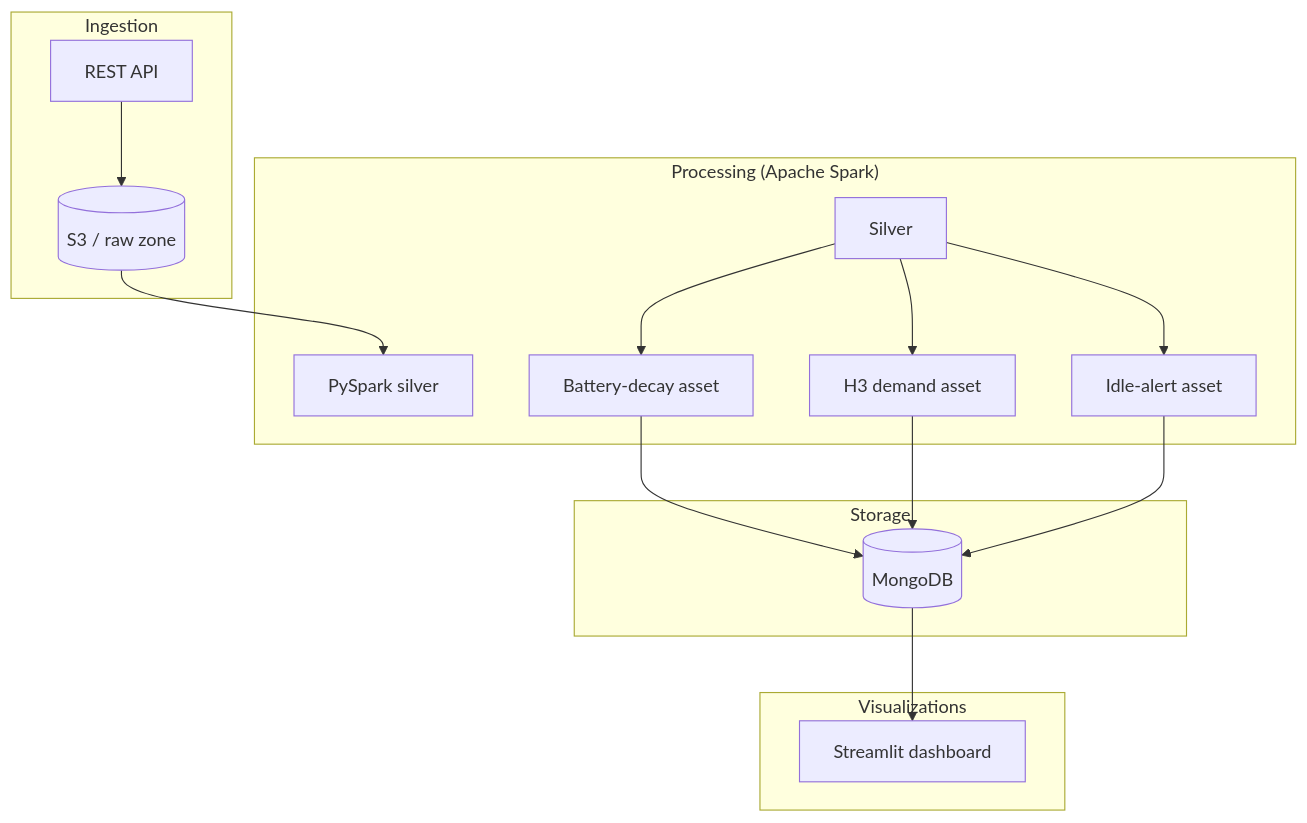
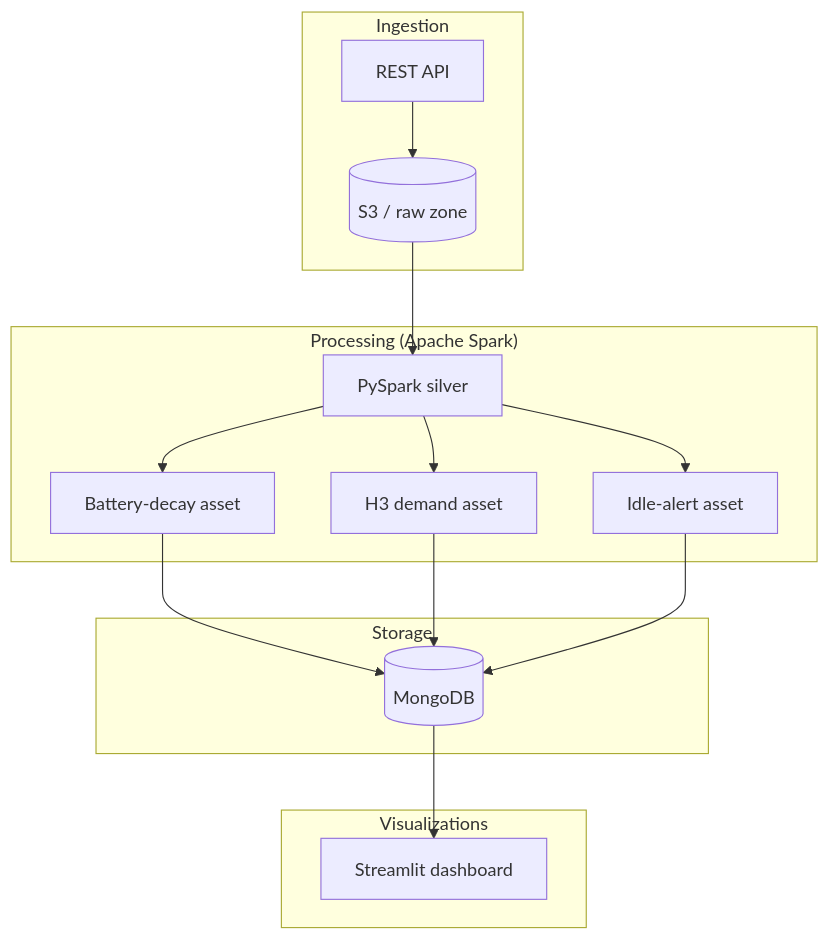
The diagram in README.md (JosephJ7/diss-project), drawn with Mermaid before and after one commit.

Commit message:
[ADD] : sarth

````diff
--- a/README.md
+++ b/README.md
@@ -38,25 +38,25 @@
 ```mermaid
 flowchart TD
   %% Ingestion layer
   subgraph Ingestion ["Ingestion"]
     API[REST API] --> S3raw[(S3 / raw zone)]
   end
 
   %% Processing layer
   subgraph Processing ["Processing (Apache Spark)"]
-    S3raw --> C[PySpark silver]
+    S3raw --> Silver[PySpark silver]
     Silver --> Battery[Battery‑decay asset]
     Silver --> Demand[H3 demand asset]
     Silver --> Idle[Idle‑alert asset]
   end
 
   %% Storage layer
   subgraph Storage ["Storage"]
     Battery & Demand & Idle --> Mongo[(MongoDB)]
   end
 
   %% Visualizations layer
   subgraph Visualizations ["Visualizations"]
     Mongo --> Streamlit[Streamlit dashboard]
   end
 ```
````
